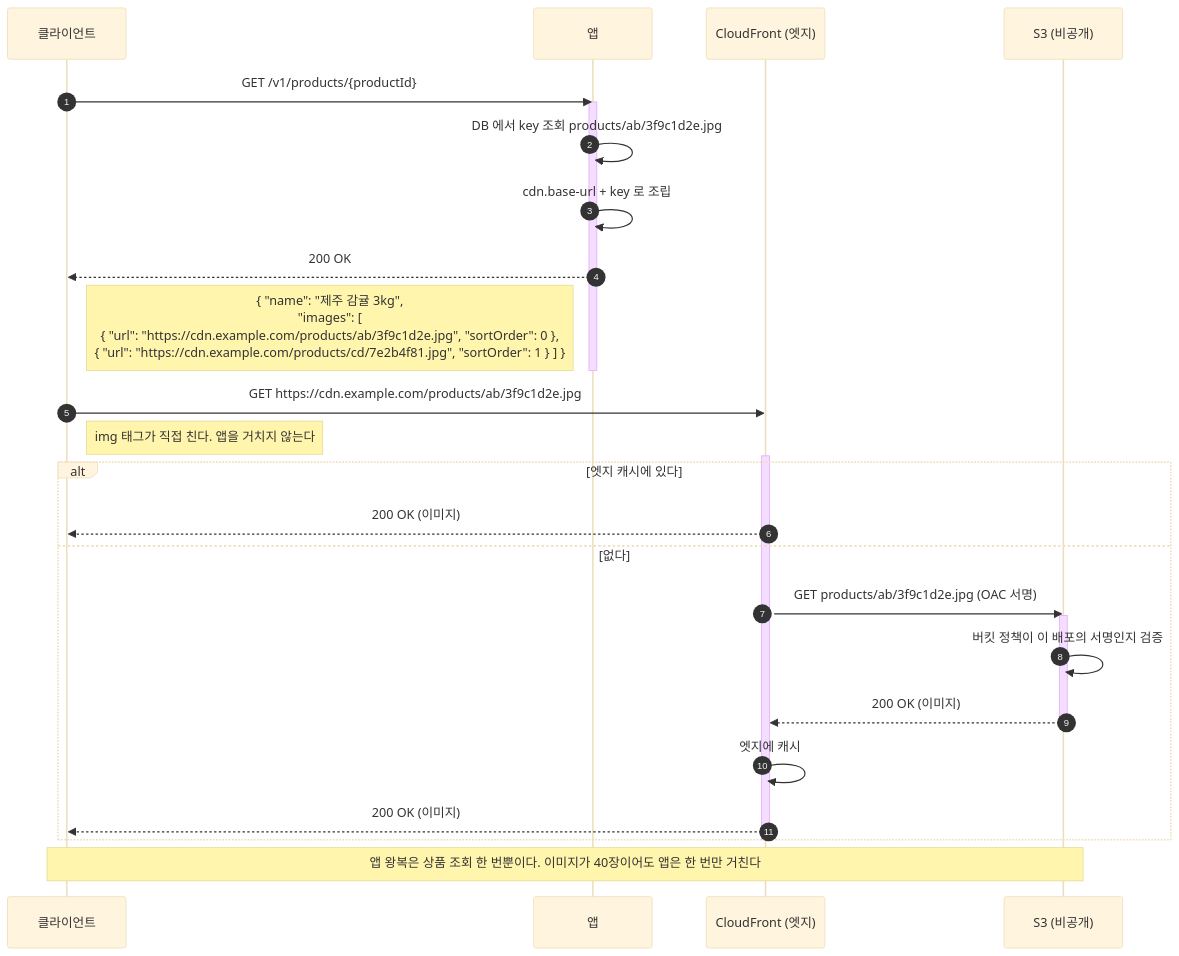
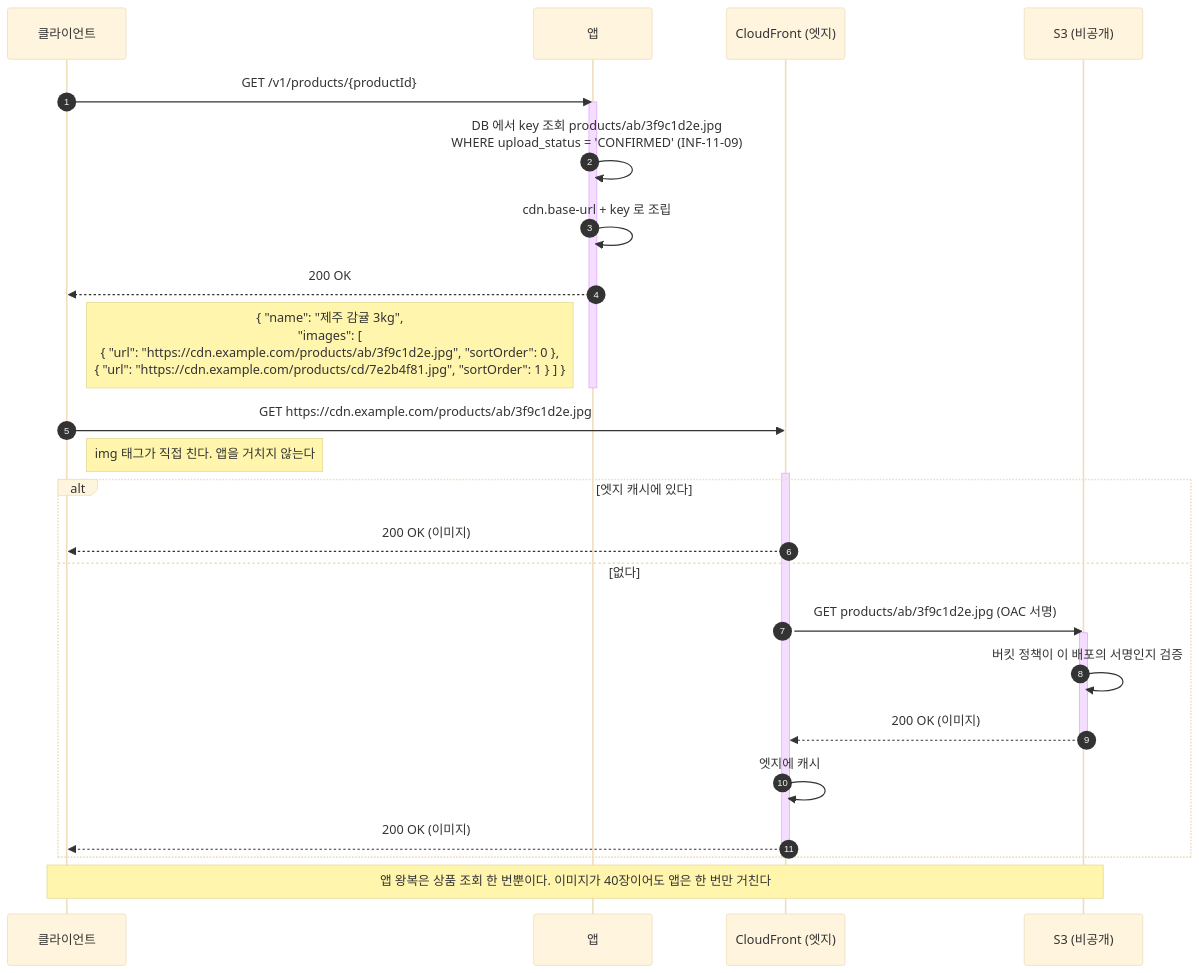
Before and after one commit to LGU-2/infra: the fifth of 6 diagrams in docs/system-design/백엔드공통_이미지저장소_설계.md, drawn with Mermaid (base theme). The commit also changed other lines of this file and 2 other files, not shown here.

````diff
--- a/docs/system-design/백엔드공통_이미지저장소_설계.md
+++ b/docs/system-design/백엔드공통_이미지저장소_설계.md
@@ -343,34 +368,34 @@
 ```mermaid
 sequenceDiagram
     autonumber
     participant C as 클라이언트
     participant A as 앱
     participant F as CloudFront (엣지)
     participant S as S3 (비공개)
 
     C->>A: GET /v1/products/{productId}
     activate A
-    A->>A: DB 에서 key 조회 products/ab/3f9c1d2e.jpg
+    A->>A: DB 에서 key 조회 products/ab/3f9c1d2e.jpg<br/>WHERE upload_status = 'CONFIRMED' (INF-11-09)
     A->>A: cdn.base-url + key 로 조립
     A-->>C: 200 OK
     Note left of A: { "name": "제주 감귤 3kg",<br/>"images": [<br/>{ "url": "https://cdn.example.com/products/ab/3f9c1d2e.jpg", "sortOrder": 0 },<br/>{ "url": "https://cdn.example.com/products/cd/7e2b4f81.jpg", "sortOrder": 1 } ] }
     deactivate A
 
     C->>F: GET https://cdn.example.com/products/ab/3f9c1d2e.jpg
     Note right of C: img 태그가 직접 친다. 앱을 거치지 않는다
     activate F
     alt 엣지 캐시에 있다
         F-->>C: 200 OK (이미지)
     else 없다
         F->>S: GET products/ab/3f9c1d2e.jpg (OAC 서명)
         activate S
         S->>S: 버킷 정책이 이 배포의 서명인지 검증
         S-->>F: 200 OK (이미지)
         deactivate S
         F->>F: 엣지에 캐시
         F-->>C: 200 OK (이미지)
     end
     deactivate F
 
     Note over C,S: 앱 왕복은 상품 조회 한 번뿐이다. 이미지가 40장이어도 앱은 한 번만 거친다
 ```
````
